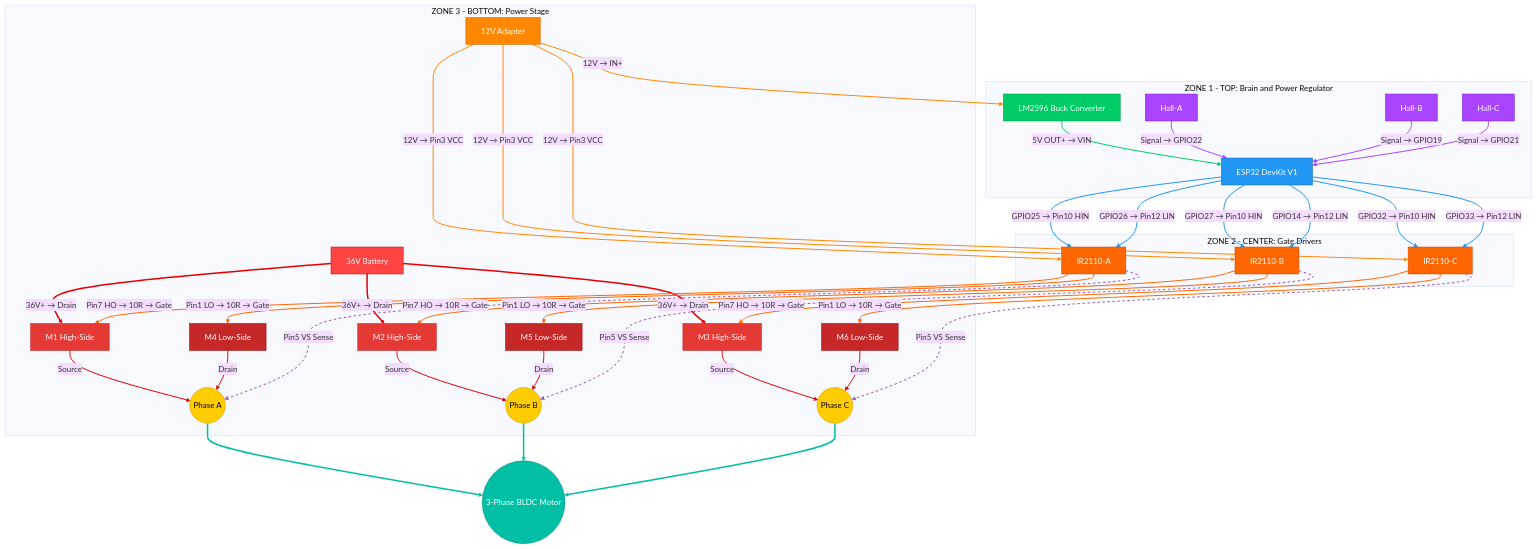
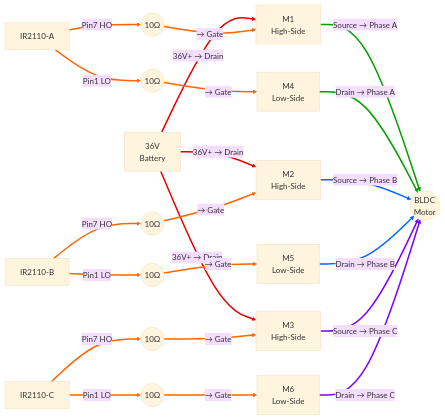
The third of 4 diagrams in README.md (ShahidRafiq407/Advanced-36V-Closed-Loop-BLDC-Motor-Controller), drawn with Mermaid (base theme) before and after one commit. The commit also changed other lines of this file, not shown here.

````diff
--- a/README.md
+++ b/README.md
@@ -42,105 +119,68 @@
 ```mermaid
-flowchart TD
-    subgraph Z1 [ZONE 1 - TOP: Brain and Power Regulator]
-        BUCK["LM2596 Buck Converter"]
-        ESP["ESP32 DevKit V1"]
-        HA["Hall-A"]
-        HB["Hall-B"]
-        HC["Hall-C"]
-    end
-
-    subgraph Z2 [ZONE 2 - CENTER: Gate Drivers]
-        IRA["IR2110-A"]
-        IRB["IR2110-B"]
-        IRC["IR2110-C"]
-    end
-
-    subgraph Z3 [ZONE 3 - BOTTOM: Power Stage]
-        BAT["36V Battery"]
-        ADAPT["12V Adapter"]
-        M1["M1 High-Side"]
-        M4["M4 Low-Side"]
-        M2["M2 High-Side"]
-        M5["M5 Low-Side"]
-        M3["M3 High-Side"]
-        M6["M6 Low-Side"]
-        PA(("Phase A"))
-        PB(("Phase B"))
-        PC(("Phase C"))
-    end
-
-    MOTOR(("3-Phase BLDC Motor"))
+flowchart LR
+    BAT["36V<br/>Battery"]
+    IRA["IR2110-A"]
+    IRB["IR2110-B"]
+    IRC["IR2110-C"]
+    R1((10Ω))
+    R2((10Ω))
+    R3((10Ω))
+    R4((10Ω))
+    R5((10Ω))
+    R6((10Ω))
+    M1["M1<br/>High-Side"]
+    M4["M4<br/>Low-Side"]
+    M2["M2<br/>High-Side"]
+    M5["M5<br/>Low-Side"]
+    M3["M3<br/>High-Side"]
+    M6["M6<br/>Low-Side"]
+    MOTOR(("BLDC<br/>Motor"))
 
     BAT -->|"36V+ → Drain"| M1
     BAT -->|"36V+ → Drain"| M2
     BAT -->|"36V+ → Drain"| M3
-    ADAPT -->|"12V → Pin3 VCC"| IRA
-    ADAPT -->|"12V → Pin3 VCC"| IRB
-    ADAPT -->|"12V → Pin3 VCC"| IRC
-    ADAPT -->|"12V → IN+"| BUCK
-    BUCK -->|"5V OUT+ → VIN"| ESP
 
-    HA -->|"Signal → GPIO22"| ESP
-    HB -->|"Signal → GPIO19"| ESP
-    HC -->|"Signal → GPIO21"| ESP
+    IRA -->|"Pin7 HO"| R1
+    R1 -->|"→ Gate"| M1
+    IRA -->|"Pin1 LO"| R2
+    R2 -->|"→ Gate"| M4
 
-    ESP -->|"GPIO25 → Pin10 HIN"| IRA
-    ESP -->|"GPIO26 → Pin12 LIN"| IRA
-    ESP -->|"GPIO27 → Pin10 HIN"| IRB
-    ESP -->|"GPIO14 → Pin12 LIN"| IRB
-    ESP -->|"GPIO32 → Pin10 HIN"| IRC
-    ESP -->|"GPIO33 → Pin12 LIN"| IRC
+    IRB -->|"Pin7 HO"| R3
+    R3 -->|"→ Gate"| M2
+    IRB -->|"Pin1 LO"| R4
+    R4 -->|"→ Gate"| M5
 
-    IRA -->|"Pin7 HO → 10R → Gate"| M1
-    IRA -->|"Pin1 LO → 10R → Gate"| M4
-    IRB -->|"Pin7 HO → 10R → Gate"| M2
-    IRB -->|"Pin1 LO → 10R → Gate"| M5
-    IRC -->|"Pin7 HO → 10R → Gate"| M3
-    IRC -->|"Pin1 LO → 10R → Gate"| M6
+    IRC -->|"Pin7 HO"| R5
+    R5 -->|"→ Gate"| M3
+    IRC -->|"Pin1 LO"| R6
+    R6 -->|"→ Gate"| M6
 
-    M1 -->|"Source"| PA
-    M4 -->|"Drain"| PA
-    M2 -->|"Source"| PB
-    M5 -->|"Drain"| PB
-    M3 -->|"Source"| PC
-    M6 -->|"Drain"| PC
+    M1 -->|"Source → Phase A"| MOTOR
+    M4 -->|"Drain → Phase A"| MOTOR
+    M2 -->|"Source → Phase B"| MOTOR
+    M5 -->|"Drain → Phase B"| MOTOR
+    M3 -->|"Source → Phase C"| MOTOR
+    M6 -->|"Drain → Phase C"| MOTOR
 
-    IRA -.->|"Pin5 VS Sense"| PA
-    IRB -.->|"Pin5 VS Sense"| PB
-    IRC -.->|"Pin5 VS Sense"| PC
-
-    PA --> MOTOR
-    PB --> MOTOR
-    PC --> MOTOR
-
-    style BAT fill:#ff4444,stroke:#cc0000,color:#fff
-    style ADAPT fill:#ff8800,stroke:#cc6600,color:#fff
-    style BUCK fill:#00cc66,stroke:#009944,color:#fff
-    style ESP fill:#2196F3,stroke:#1565C0,color:#fff
-    style HA fill:#aa44ff,stroke:#7722cc,color:#fff
-    style HB fill:#aa44ff,stroke:#7722cc,color:#fff
-    style HC fill:#aa44ff,stroke:#7722cc,color:#fff
-    style IRA fill:#ff6600,stroke:#cc4400,color:#fff
-    style IRB fill:#ff6600,stroke:#cc4400,color:#fff
-    style IRC fill:#ff6600,stroke:#cc4400,color:#fff
-    style M1 fill:#e53935,stroke:#b71c1c,color:#fff
-    style M2 fill:#e53935,stroke:#b71c1c,color:#fff
-    style M3 fill:#e53935,stroke:#b71c1c,color:#fff
-    style M4 fill:#c62828,stroke:#8e0000,color:#fff
-    style M5 fill:#c62828,stroke:#8e0000,color:#fff
-    style M6 fill:#c62828,stroke:#8e0000,color:#fff
-    style PA fill:#ffcc00,stroke:#cc9900,color:#000
-    style PB fill:#ffcc00,stroke:#cc9900,color:#000
-    style PC fill:#ffcc00,stroke:#cc9900,color:#000
-    style MOTOR fill:#00bfa5,stroke:#00897b,color:#fff
-
-    linkStyle 0,1,2 stroke:#e60000,stroke-width:3px
-    linkStyle 3,4,5,6 stroke:#ff8800,stroke-width:2px
-    linkStyle 7 stroke:#00cc66,stroke-width:2px
-    linkStyle 8,9,10 stroke:#aa44ff,stroke-width:2px
-    linkStyle 11,12,13,14,15,16 stroke:#2196F3,stroke-width:2px
-    linkStyle 17,18,19,20,21,22 stroke:#ff6600,stroke-width:2px
-    linkStyle 23,24,25,26,27,28 stroke:#e60000,stroke-width:2px
-    linkStyle 29,30,31 stroke:#9b59b6,stroke-width:2px,stroke-dasharray:5
-    linkStyle 32,33,34 stroke:#00bfa5,stroke-width:3px
+    linkStyle 0 stroke:#e60000,stroke-width:3px
+    linkStyle 1 stroke:#e60000,stroke-width:3px
+    linkStyle 2 stroke:#e60000,stroke-width:3px
+    linkStyle 3 stroke:#ff6600,stroke-width:3px
+    linkStyle 4 stroke:#ff6600,stroke-width:3px
+    linkStyle 5 stroke:#ff6600,stroke-width:3px
+    linkStyle 6 stroke:#ff6600,stroke-width:3px
+    linkStyle 7 stroke:#ff6600,stroke-width:3px
+    linkStyle 8 stroke:#ff6600,stroke-width:3px
+    linkStyle 9 stroke:#ff6600,stroke-width:3px
+    linkStyle 10 stroke:#ff6600,stroke-width:3px
+    linkStyle 11 stroke:#ff6600,stroke-width:3px
+    linkStyle 12 stroke:#ff6600,stroke-width:3px
+    linkStyle 13 stroke:#ff6600,stroke-width:3px
+    linkStyle 14 stroke:#ff6600,stroke-width:3px
+    linkStyle 15 stroke:#00a000,stroke-width:3px
+    linkStyle 16 stroke:#00a000,stroke-width:3px
+    linkStyle 17 stroke:#0066ff,stroke-width:3px
+    linkStyle 18 stroke:#0066ff,stroke-width:3px
+    linkStyle 19 stroke:#8000ff,stroke-width:3px
+    linkStyle 20 stroke:#8000ff,stroke-width:3px
 ```
````
